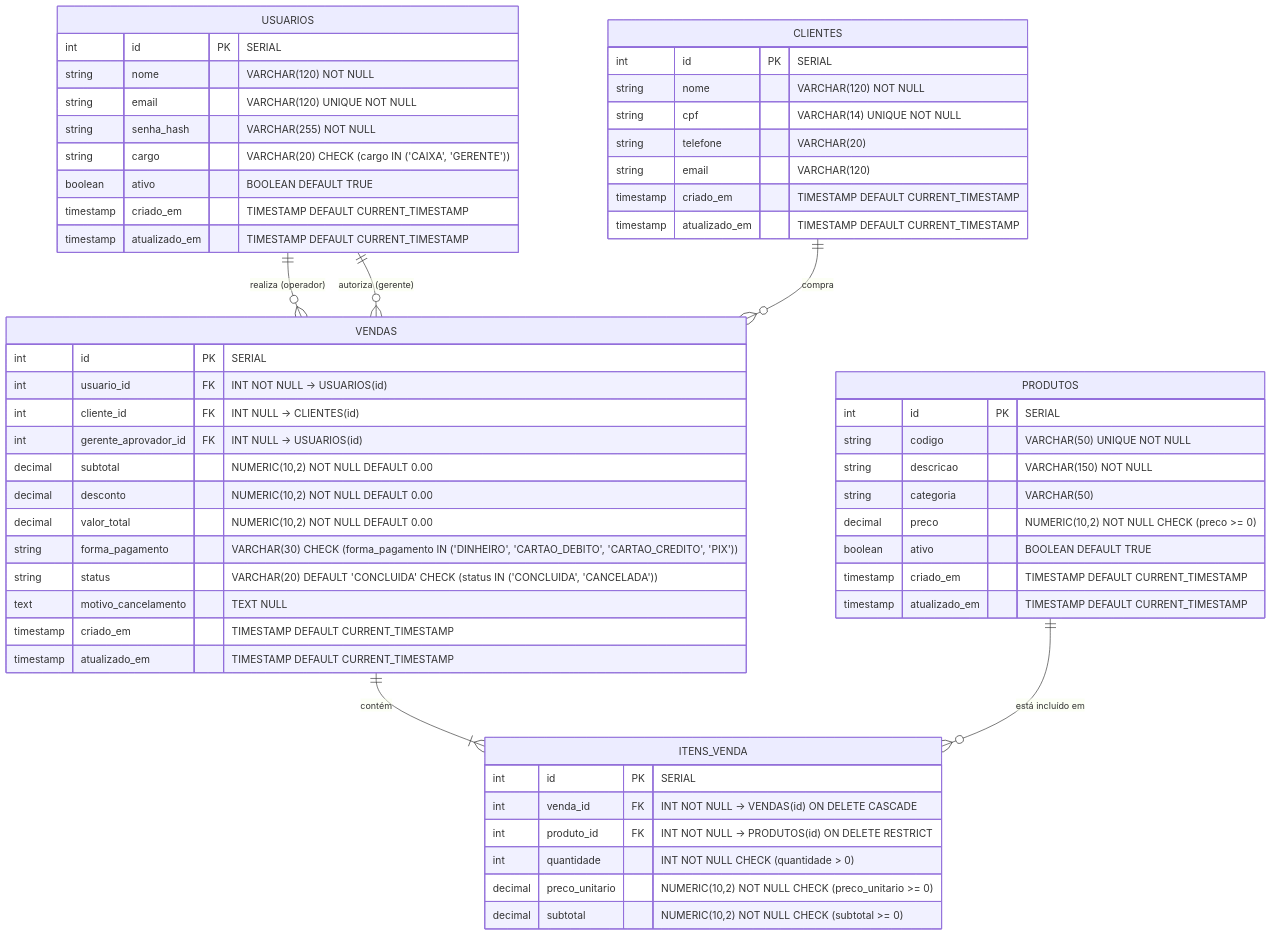
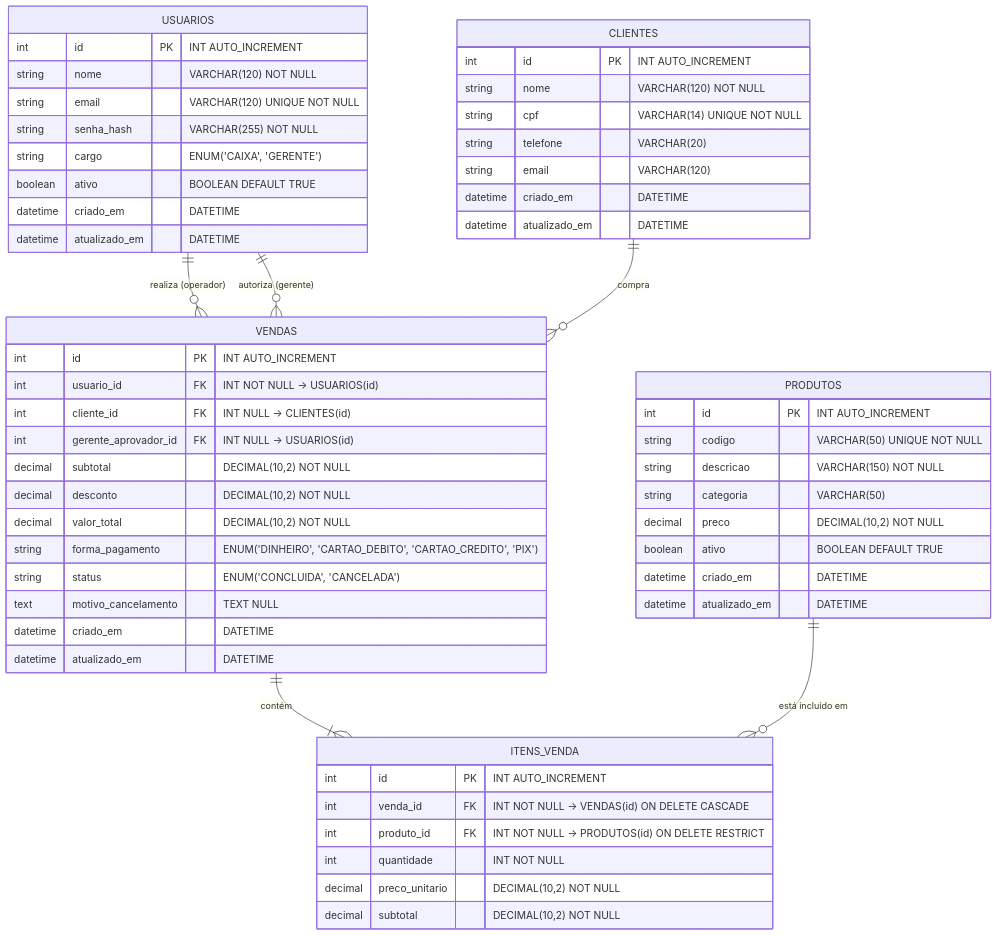
The diagram in documentação/s01/02-modelagem-e-der.md (alebypegasus/MS--Vestuario), drawn with Mermaid before and after one commit. The commit also changed other lines of this file and 24 other files, not shown here.

Commit message:
feat: initialize project structure with database schema, seeds, and gitignore

````diff
--- a/documentação/s01/02-modelagem-e-der.md
+++ b/documentação/s01/02-modelagem-e-der.md
@@ -26,64 +44,64 @@
 ```mermaid
 erDiagram
     USUARIOS ||--o{ VENDAS : "realiza (operador)"
     USUARIOS ||--o{ VENDAS : "autoriza (gerente)"
     CLIENTES ||--o{ VENDAS : "compra"
     VENDAS ||--|{ ITENS_VENDA : "contém"
     PRODUTOS ||--o{ ITENS_VENDA : "está incluído em"
 
     USUARIOS {
-        int id PK "SERIAL"
+        int id PK "INT AUTO_INCREMENT"
         string nome "VARCHAR(120) NOT NULL"
         string email "VARCHAR(120) UNIQUE NOT NULL"
         string senha_hash "VARCHAR(255) NOT NULL"
-        string cargo "VARCHAR(20) CHECK (cargo IN ('CAIXA', 'GERENTE'))"
+        string cargo "ENUM('CAIXA', 'GERENTE')"
         boolean ativo "BOOLEAN DEFAULT TRUE"
-        timestamp criado_em "TIMESTAMP DEFAULT CURRENT_TIMESTAMP"
-        timestamp atualizado_em "TIMESTAMP DEFAULT CURRENT_TIMESTAMP"
+        datetime criado_em "DATETIME"
+        datetime atualizado_em "DATETIME"
     }
 
     CLIENTES {
-        int id PK "SERIAL"
+        int id PK "INT AUTO_INCREMENT"
         string nome "VARCHAR(120) NOT NULL"
         string cpf "VARCHAR(14) UNIQUE NOT NULL"
         string telefone "VARCHAR(20)"
         string email "VARCHAR(120)"
-        timestamp criado_em "TIMESTAMP DEFAULT CURRENT_TIMESTAMP"
-        timestamp atualizado_em "TIMESTAMP DEFAULT CURRENT_TIMESTAMP"
+        datetime criado_em "DATETIME"
+        datetime atualizado_em "DATETIME"
     }
 
     PRODUTOS {
-        int id PK "SERIAL"
+        int id PK "INT AUTO_INCREMENT"
         string codigo "VARCHAR(50) UNIQUE NOT NULL"
         string descricao "VARCHAR(150) NOT NULL"
         string categoria "VARCHAR(50)"
-        decimal preco "NUMERIC(10,2) NOT NULL CHECK (preco >= 0)"
+        decimal preco "DECIMAL(10,2) NOT NULL"
         boolean ativo "BOOLEAN DEFAULT TRUE"
-        timestamp criado_em "TIMESTAMP DEFAULT CURRENT_TIMESTAMP"
-        timestamp atualizado_em "TIMESTAMP DEFAULT CURRENT_TIMESTAMP"
+        datetime criado_em "DATETIME"
+        datetime atualizado_em "DATETIME"
     }
 
     VENDAS {
-        int id PK "SERIAL"
+        int id PK "INT AUTO_INCREMENT"
         int usuario_id FK "INT NOT NULL -> USUARIOS(id)"
         int cliente_id FK "INT NULL -> CLIENTES(id)"
         int gerente_aprovador_id FK "INT NULL -> USUARIOS(id)"
-        decimal subtotal "NUMERIC(10,2) NOT NULL DEFAULT 0.00"
-        decimal desconto "NUMERIC(10,2) NOT NULL DEFAULT 0.00"
-        decimal valor_total "NUMERIC(10,2) NOT NULL DEFAULT 0.00"
-        string forma_pagamento "VARCHAR(30) CHECK (forma_pagamento IN ('DINHEIRO', 'CARTAO_DEBITO', 'CARTAO_CREDITO', 'PIX'))"
-        string status "VARCHAR(20) DEFAULT 'CONCLUIDA' CHECK (status IN ('CONCLUIDA', 'CANCELADA'))"
+        decimal subtotal "DECIMAL(10,2) NOT NULL"
+        decimal desconto "DECIMAL(10,2) NOT NULL"
+        decimal valor_total "DECIMAL(10,2) NOT NULL"
+        string forma_pagamento "ENUM('DINHEIRO', 'CARTAO_DEBITO', 'CARTAO_CREDITO', 'PIX')"
+        string status "ENUM('CONCLUIDA', 'CANCELADA')"
         text motivo_cancelamento "TEXT NULL"
-        timestamp criado_em "TIMESTAMP DEFAULT CURRENT_TIMESTAMP"
-        timestamp atualizado_em "TIMESTAMP DEFAULT CURRENT_TIMESTAMP"
+        datetime criado_em "DATETIME"
+        datetime atualizado_em "DATETIME"
     }
 
     ITENS_VENDA {
-        int id PK "SERIAL"
+        int id PK "INT AUTO_INCREMENT"
         int venda_id FK "INT NOT NULL -> VENDAS(id) ON DELETE CASCADE"
         int produto_id FK "INT NOT NULL -> PRODUTOS(id) ON DELETE RESTRICT"
-        int quantidade "INT NOT NULL CHECK (quantidade > 0)"
-        decimal preco_unitario "NUMERIC(10,2) NOT NULL CHECK (preco_unitario >= 0)"
-        decimal subtotal "NUMERIC(10,2) NOT NULL CHECK (subtotal >= 0)"
+        int quantidade "INT NOT NULL"
+        decimal preco_unitario "DECIMAL(10,2) NOT NULL"
+        decimal subtotal "DECIMAL(10,2) NOT NULL"
     }
 ```
````
